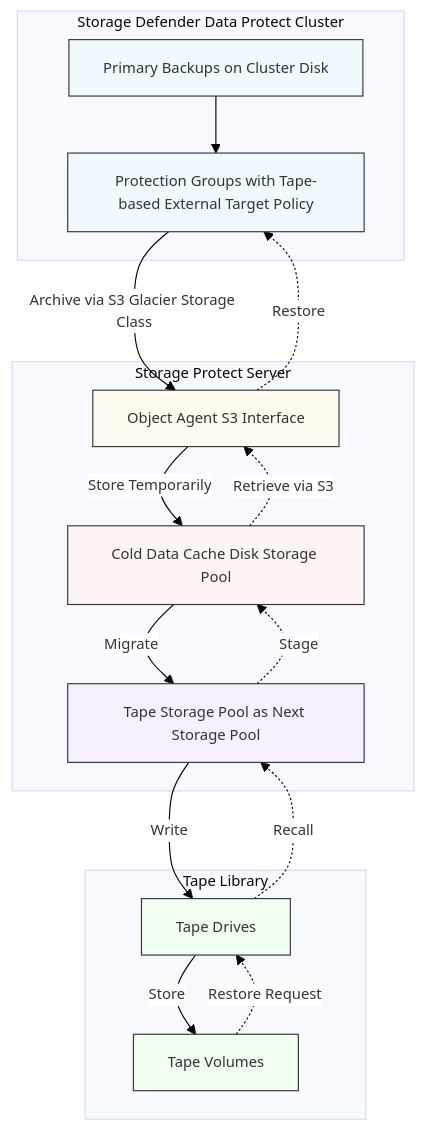
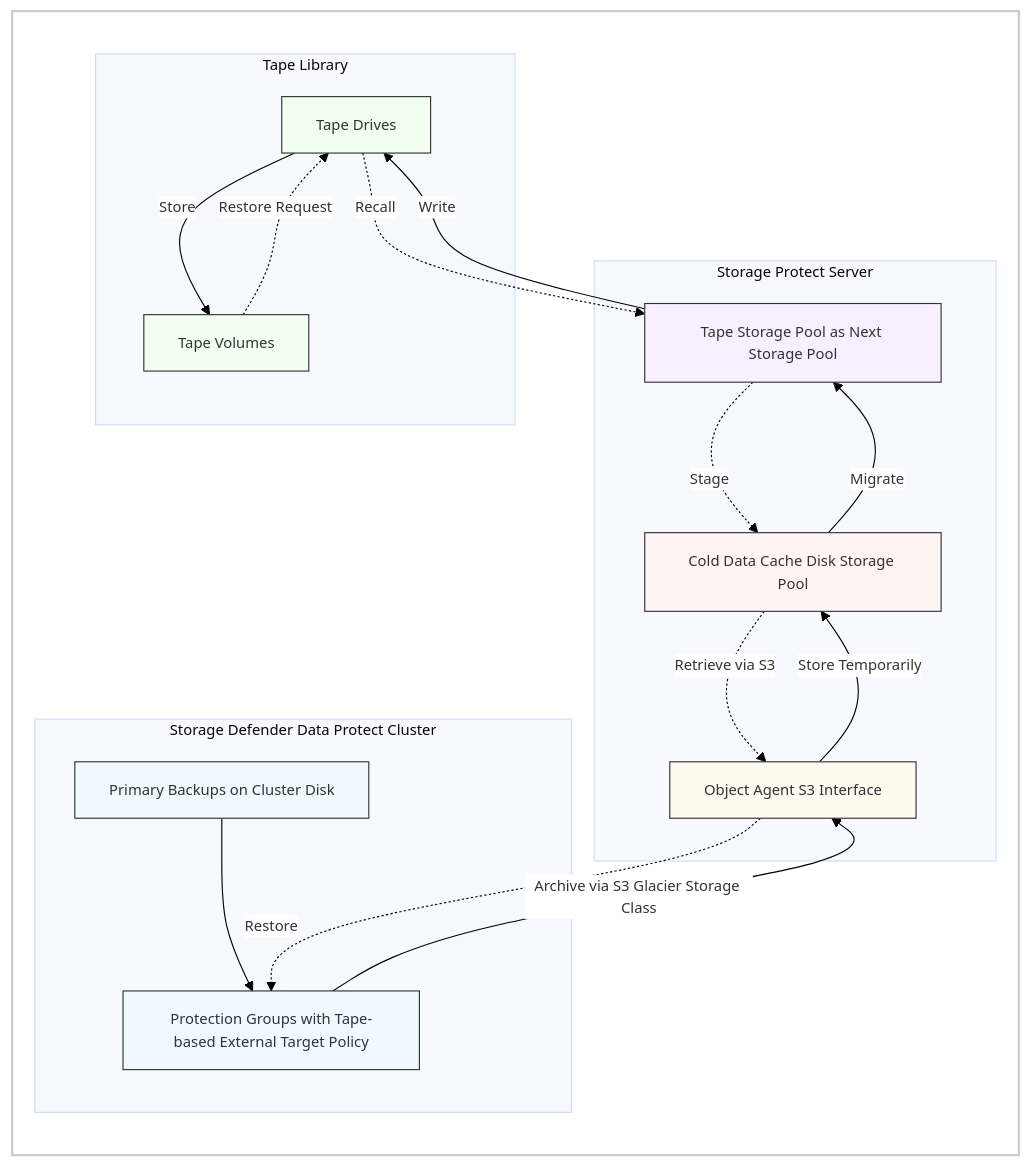
The second of 17 diagrams in blueprint/integrations/data-protect/defender-data-protect-with-storage-protect-tape-integration.md (TarSemaj/storage-protect-galaxy), drawn with Mermaid before and after one commit. The commit also changed other lines of this file, not shown here.

````diff
--- a/blueprint/integrations/data-protect/defender-data-protect-with-storage-protect-tape-integration.md
+++ b/blueprint/integrations/data-protect/defender-data-protect-with-storage-protect-tape-integration.md
@@ -89,40 +90,45 @@
 ```mermaid
-%%{init: {'theme':'base', 'themeVariables': {'fontSize':'13px', 'fontFamily':'arial', 'background':'white', 'primaryBackground':'white', 'nodeBorder':'#333333', 'edgeLabelBackground':'white'}}}%%
+%%{init: {'theme':'base', 'themeVariables': {'fontSize':'13px', 'fontFamily':'arial', 'background':'white', 'primaryBackground':'white', 'nodeBorder':'#333333', 'edgeLabelBackground':'white', 'primaryTextColor':'#333333', 'textColor':'#333333'}}}%%
 flowchart TB
-    subgraph DP["Storage Defender Data Protect Cluster"]
-        A[Primary Backups on Cluster Disk]
-        B[Protection Groups with Tape-based External Target Policy]
+    subgraph OUTER[" "]
+        direction TB
+
+        subgraph DP["Storage Defender Data Protect Cluster"]
+            A[Primary Backups on Cluster Disk]
+            B[Protection Groups with Tape-based External Target Policy]
+        end
+        
+        subgraph SP["Storage Protect Server"]
+            C[Object Agent S3 Interface]
+            D[Cold Data Cache Disk Storage Pool]
+            E[Tape Storage Pool as Next Storage Pool]
+        end
+        
+        subgraph TL["Tape Library"]
+            F[Tape Drives]
+            G[Tape Volumes]
+        end
+        
+        A --> B
+        B -->|Archive via S3 Glacier Storage Class| C
+        C -->|Store Temporarily| D
+        D -->|Migrate| E
+        E -->|Write| F
+        F -->|Store| G
+        
+        G -.->|Restore Request| F
+        F -.->|Recall| E
+        E -.->|Stage| D
+        D -.->|Retrieve via S3| C
+        C -.->|Restore| B
     end
     
-    subgraph SP["Storage Protect Server"]
-        C[Object Agent S3 Interface]
-        D[Cold Data Cache Disk Storage Pool]
-        E[Tape Storage Pool as Next Storage Pool]
-    end
-    
-    subgraph TL["Tape Library"]
-        F[Tape Drives]
-        G[Tape Volumes]
-    end
-    
-    A --> B
-    B -->|Archive via S3 Glacier Storage Class| C
-    C -->|Store Temporarily| D
-    D -->|Migrate| E
-    E -->|Write| F
-    F -->|Store| G
-    
-    G -.->|Restore Request| F
-    F -.->|Recall| E
-    E -.->|Stage| D
-    D -.->|Retrieve via S3| C
-    C -.->|Restore| B
-    
+    style OUTER fill:#ffffff,stroke:#cccccc,stroke-width:2px
     style A fill:#f0f9ff
     style B fill:#f0f9ff
     style C fill:#fffaf0
     style D fill:#fff5f5
     style E fill:#f8f0ff
     style F fill:#f0fff0
     style G fill:#f0fff0
 ```
````
